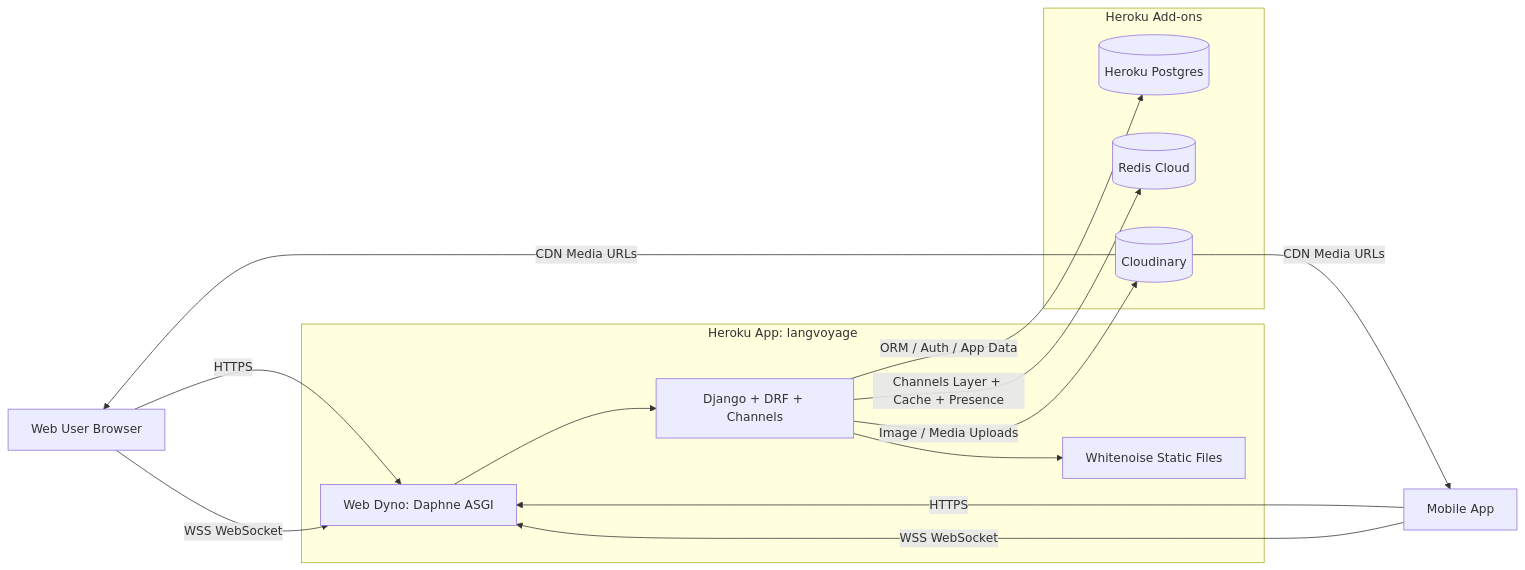
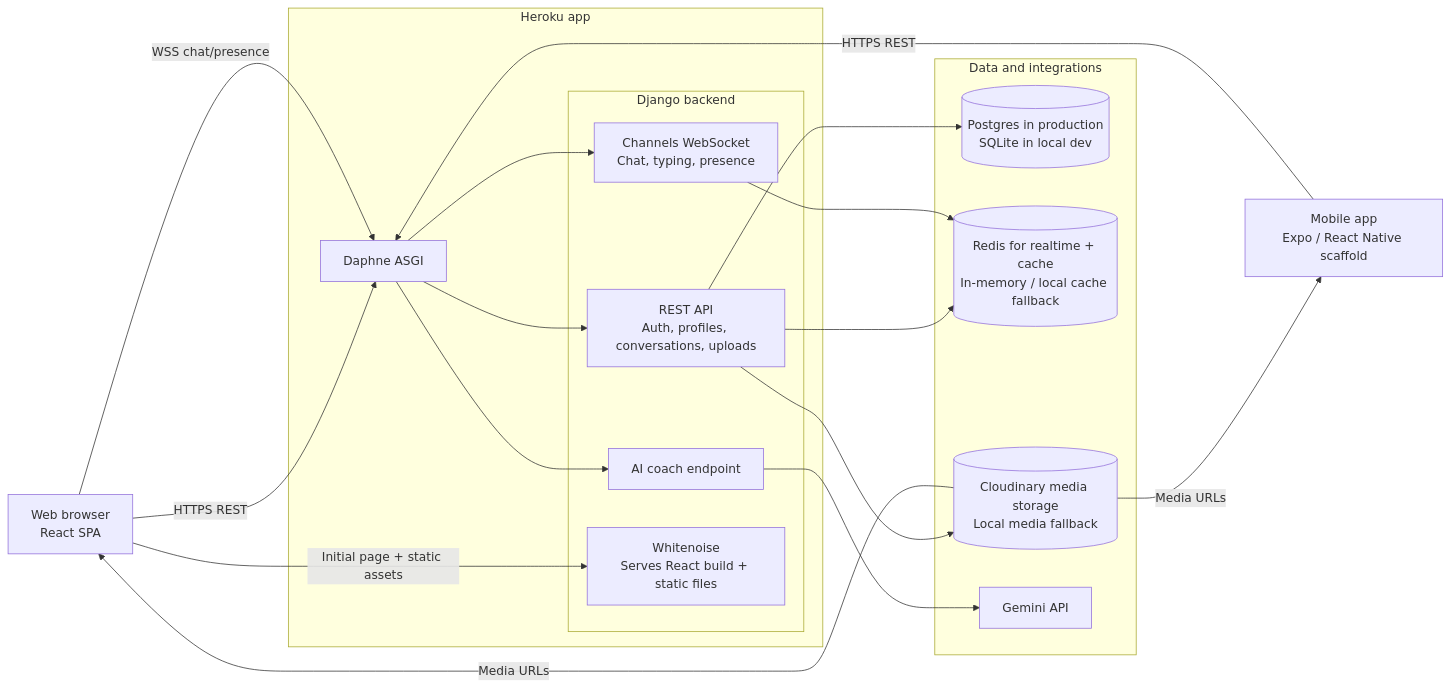
The diagram in docs/architecture.mmd (konstantinosvlachakis/ChatApp), drawn with Mermaid before and after one commit. The commit also changed 2 other files, not shown here.

```diff
--- a/docs/architecture.mmd
+++ b/docs/architecture.mmd
@@ -1,30 +1,38 @@
 flowchart LR
-    U[Web User Browser]
-    M[Mobile App]
+    B[Web browser<br/>React SPA]
+    M[Mobile app<br/>Expo / React Native scaffold]
 
-    subgraph Heroku["Heroku App: langvoyage"]
-      W[Web Dyno: Daphne ASGI]
-      DJ[Django + DRF + Channels]
-      ST[Whitenoise Static Files]
+    subgraph Heroku["Heroku app"]
+      D[Daphne ASGI]
+
+      subgraph Backend["Django backend"]
+        API[REST API<br/>Auth, profiles, conversations, uploads]
+        WS[Channels WebSocket<br/>Chat, typing, presence]
+        COACH[AI coach endpoint]
+        STATIC[Whitenoise<br/>Serves React build + static files]
+      end
     end
 
-    subgraph Addons["Heroku Add-ons"]
-      PG[(Heroku Postgres)]
-      R[(Redis Cloud)]
-      C[(Cloudinary)]
+    subgraph Data["Data and integrations"]
+      PG[(Postgres in production<br/>SQLite in local dev)]
+      R[(Redis for realtime + cache<br/>In-memory / local cache fallback)]
+      C[(Cloudinary media storage<br/>Local media fallback)]
+      G[Gemini API]
     end
 
-    U -->|HTTPS| W
-    M -->|HTTPS| W
-    U -->|WSS WebSocket| W
-    M -->|WSS WebSocket| W
+    B -->|Initial page + static assets| STATIC
+    B -->|HTTPS REST| D
+    B -->|WSS chat/presence| D
+    M -->|HTTPS REST| D
 
-    W --> DJ
-    DJ --> ST
+    D --> API
+    D --> WS
+    D --> COACH
 
-    DJ -->|ORM / Auth / App Data| PG
-    DJ -->|Channels Layer + Cache + Presence| R
-    DJ -->|Image / Media Uploads| C
-
-    C -->|CDN Media URLs| U
-    C -->|CDN Media URLs| M
+    API --> PG
+    API --> C
+    API --> R
+    WS --> R
+    COACH --> G
+    C -->|Media URLs| B
+    C -->|Media URLs| M
```
